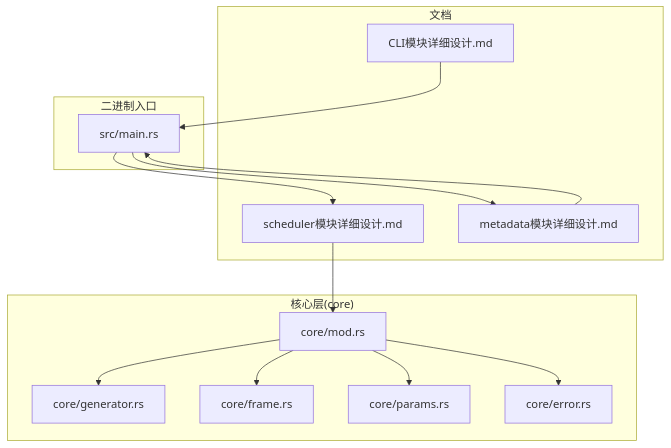
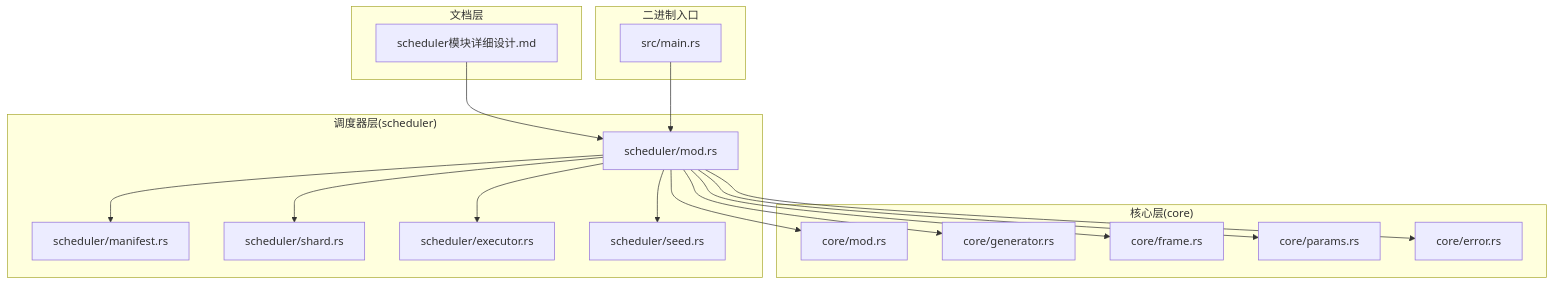
The first of 6 diagrams in .qoder/repowiki/zh/content/任务调度层/任务调度层.md (shiyukonghui/StructGen-rs), drawn with Mermaid before and after one commit. The commit also changed other lines of this file and 8 other files, not shown here.

````diff
--- a/.qoder/repowiki/zh/content/任务调度层/任务调度层.md
+++ b/.qoder/repowiki/zh/content/任务调度层/任务调度层.md
@@ -37,27 +51,34 @@
 ```mermaid
 graph TB
-subgraph "文档"
+subgraph "文档层"
 D1["scheduler模块详细设计.md"]
-D2["CLI模块详细设计.md"]
-D3["metadata模块详细设计.md"]
 end
 subgraph "核心层(core)"
 C1["core/mod.rs"]
 C2["core/generator.rs"]
 C3["core/frame.rs"]
 C4["core/params.rs"]
 C5["core/error.rs"]
 end
+subgraph "调度器层(scheduler)"
+S1["scheduler/mod.rs"]
+S2["scheduler/manifest.rs"]
+S3["scheduler/shard.rs"]
+S4["scheduler/executor.rs"]
+S5["scheduler/seed.rs"]
+end
 subgraph "二进制入口"
 M1["src/main.rs"]
 end
-D1 --> C1
-D2 --> M1
-D3 --> M1
-M1 --> D1
-M1 --> D3
-C1 --> C2
-C1 --> C3
-C1 --> C4
-C1 --> C5
+D1 --> S1
+S1 --> S2
+S1 --> S3
+S1 --> S4
+S1 --> S5
+S1 --> C1
+S1 --> C2
+S1 --> C3
+S1 --> C4
+S1 --> C5
+M1 --> S1
 ```
````
